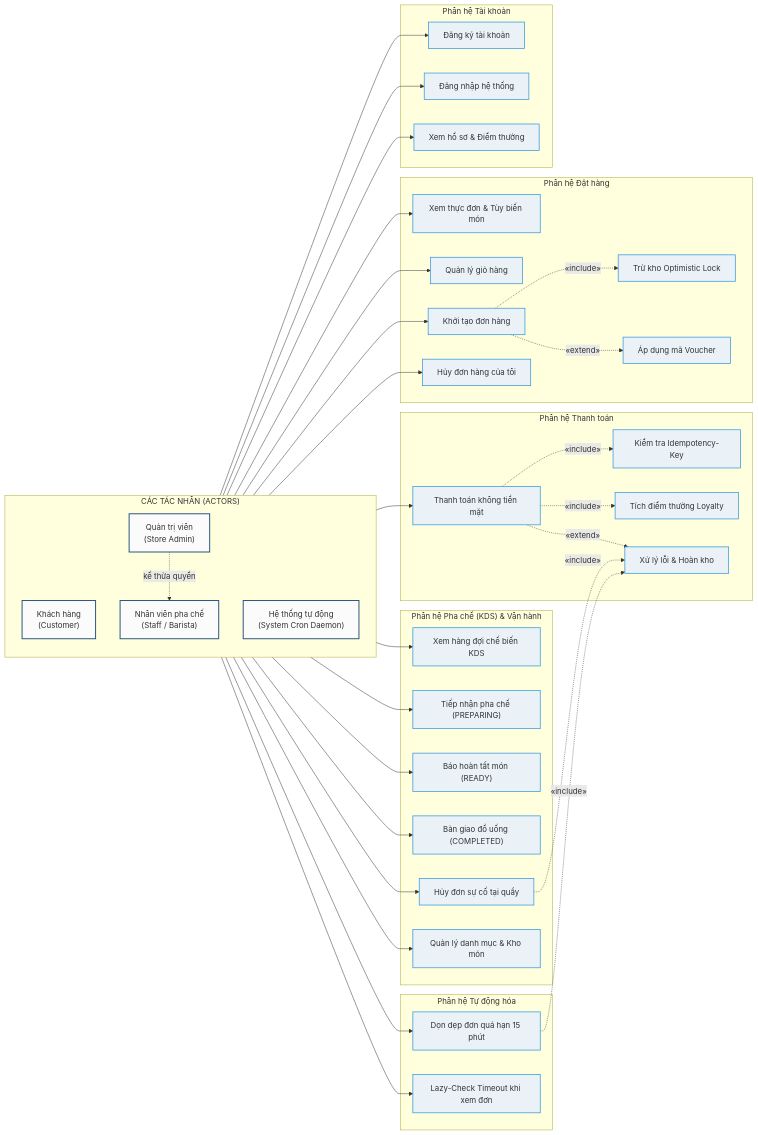
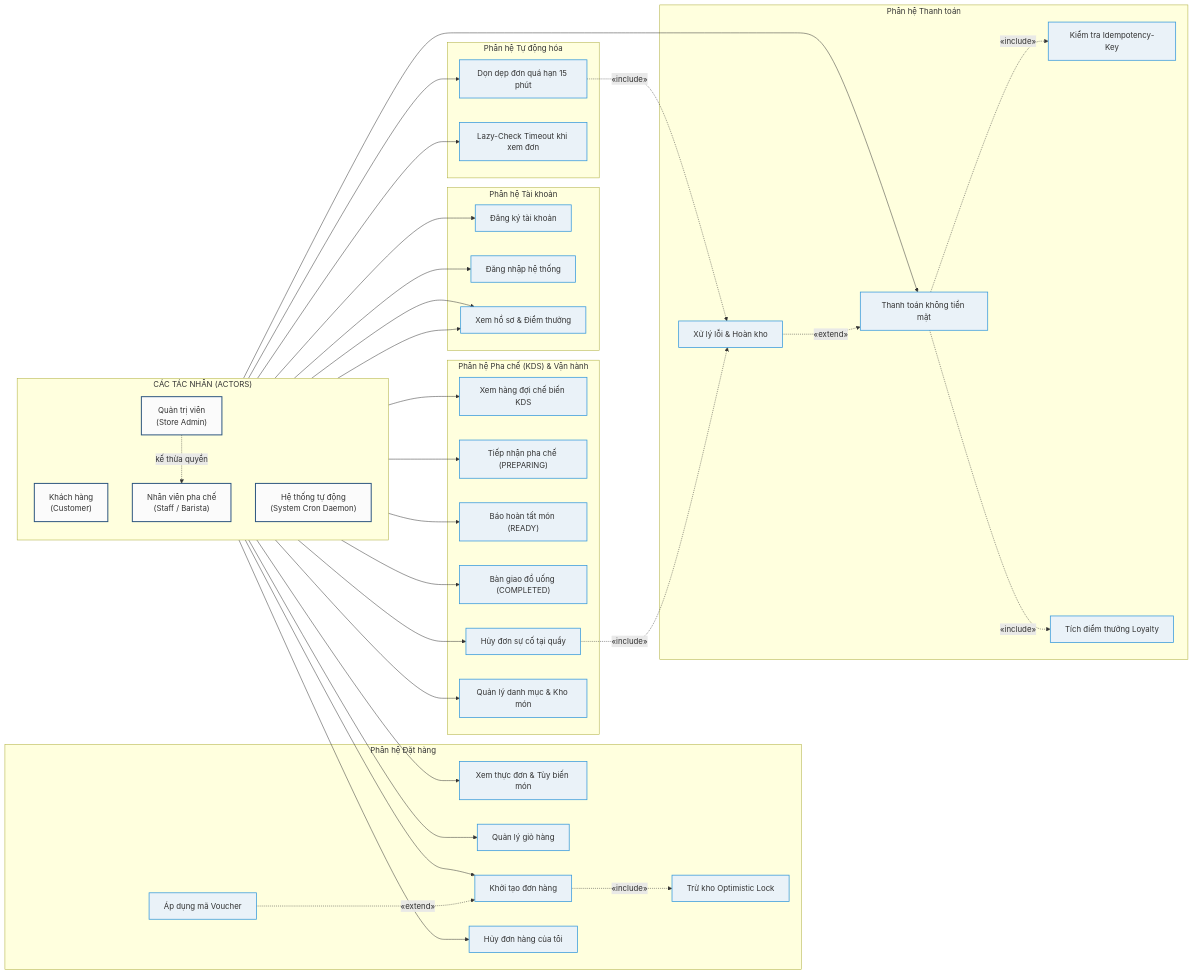
Before and after one commit to ThuanTran260/CNPM-BrewLite: the fourth of 8 diagrams in docs/SYSTEM_ARCHITECTURE_DIAGRAMS.md, drawn with Mermaid. The commit also changed other lines of this file and 1 other file, not shown here.

Commit message:
docs: fix Mermaid syntax error in state machine, balance DFD Lv1, correct UML extend arrows, and link in README

```diff
--- a/docs/SYSTEM_ARCHITECTURE_DIAGRAMS.md
+++ b/docs/SYSTEM_ARCHITECTURE_DIAGRAMS.md
@@ -400,16 +413,17 @@
     ACT_STAFF --> UC18
 
     ACT_ADMIN --> UC19
+    ACT_ADMIN --> UC03
 
     ACT_SYSTEM --> UC20
     ACT_SYSTEM --> UC21
 
-    %% Quan hệ Include & Extend
+    %% Quan hệ Include & Extend (Chuẩn UML 2.5: Mũi tên extend đi từ Extension Use Case tới Base Use Case)
     UC07 -.->|"«include»"| UC08
-    UC07 -.->|"«extend»"| UC06
+    UC06 -.->|"«extend»"| UC07
     UC10 -.->|"«include»"| UC11
     UC10 -.->|"«include»"| UC13
-    UC10 -.->|"«extend»"| UC12
+    UC12 -.->|"«extend»"| UC10
     UC18 -.->|"«include»"| UC12
     UC20 -.->|"«include»"| UC12
 
```
